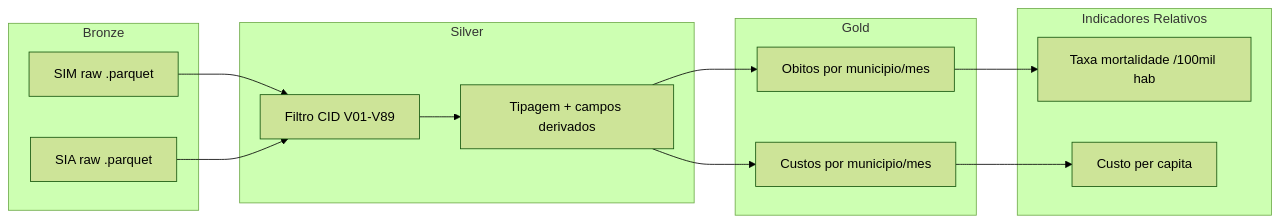
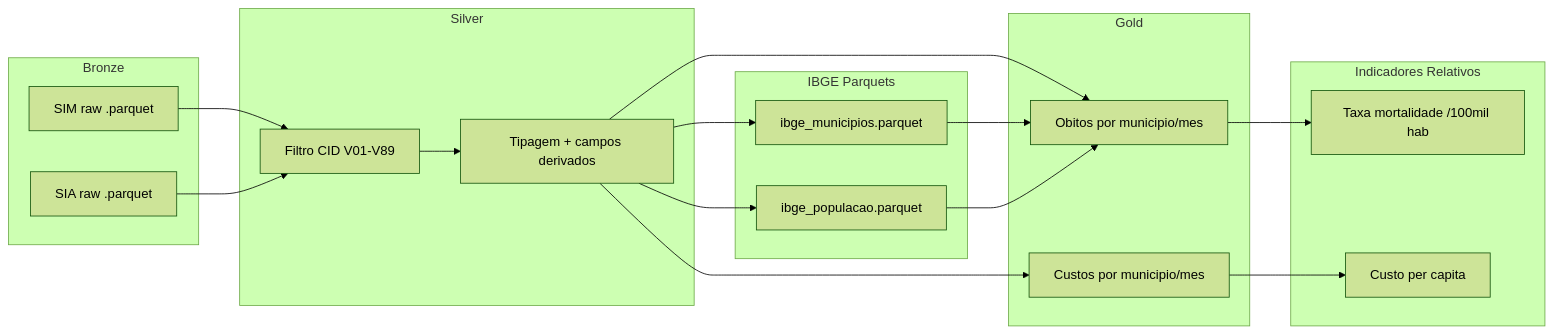
Before and after one commit to thallyslemos/tcc-pipeline-transito-sus: the second of 4 diagrams in ARCHITECTURE.md, drawn with Mermaid (forest theme). The commit also changed other lines of this file and 11 other files, not shown here.

````diff
--- a/ARCHITECTURE.md
+++ b/ARCHITECTURE.md
@@ -41,30 +43,39 @@
 ```mermaid
 flowchart LR
     subgraph Bronze[Bronze]
         B1[SIM raw .parquet]
         B2[SIA raw .parquet]
     end
 
     subgraph Silver[Silver]
         S1[Filtro CID V01-V89]
         S2[Tipagem + campos derivados]
+    end
+
+    subgraph IBGE[IBGE Parquets]
+        IM[ibge_municipios.parquet]
+        IP[ibge_populacao.parquet]
     end
 
     subgraph Gold[Gold]
         G1[Obitos por municipio/mes]
         G2[Custos por municipio/mes]
     end
 
     subgraph Indicadores[Indicadores Relativos]
         I1[Taxa mortalidade /100mil hab]
         I2[Custo per capita]
     end
 
     B1 --> S1
     B2 --> S1
     S1 --> S2
+    S2 --> IM
+    S2 --> IP
     S2 --> G1
     S2 --> G2
+    IM --> G1
+    IP --> G1
     G1 --> I1
     G2 --> I2
 ```
````
